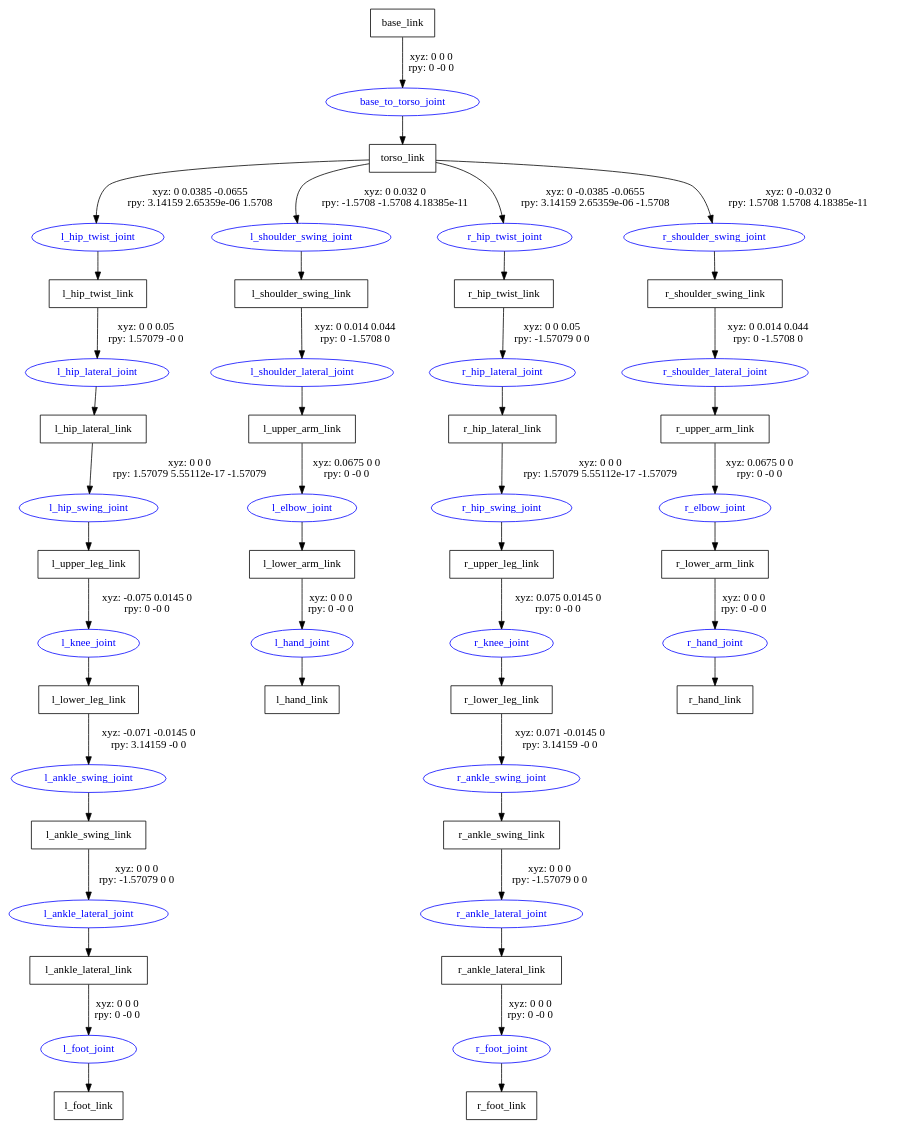
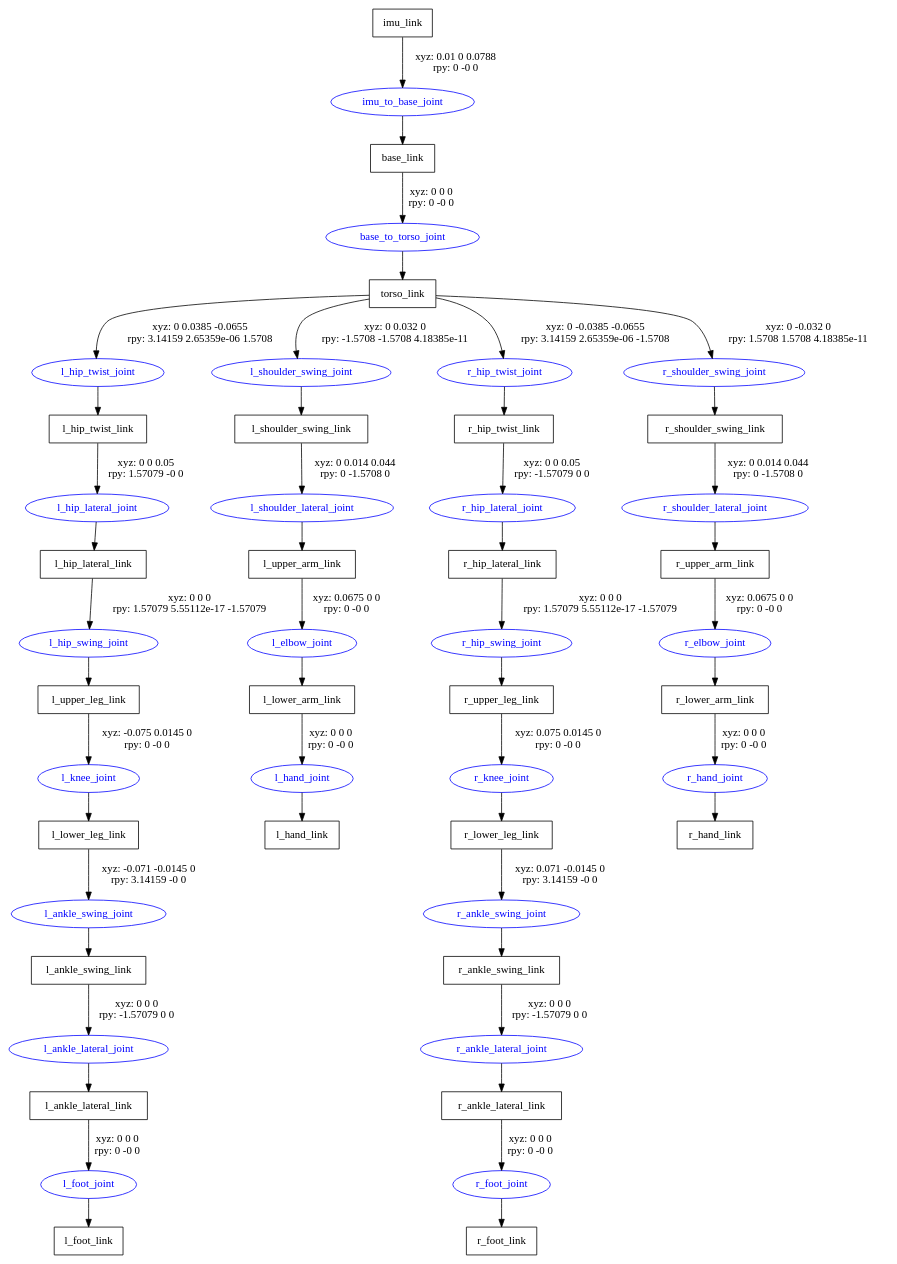
Before and after one commit to Fanaliys/bioloid_typea_description: the diagram in typea.gv, drawn with Graphviz. The commit also changed 7 other files, not shown here.

```diff
--- a/typea.gv
+++ b/typea.gv
@@ -1,74 +1,77 @@
 digraph G {
 node [shape=box];
+"imu_link" [label="imu_link"];
 "base_link" [label="base_link"];
 "torso_link" [label="torso_link"];
 "l_hip_twist_link" [label="l_hip_twist_link"];
 "l_hip_lateral_link" [label="l_hip_lateral_link"];
 "l_upper_leg_link" [label="l_upper_leg_link"];
 "l_lower_leg_link" [label="l_lower_leg_link"];
 "l_ankle_swing_link" [label="l_ankle_swing_link"];
 "l_ankle_lateral_link" [label="l_ankle_lateral_link"];
 "l_foot_link" [label="l_foot_link"];
 "l_shoulder_swing_link" [label="l_shoulder_swing_link"];
 "l_upper_arm_link" [label="l_upper_arm_link"];
 "l_lower_arm_link" [label="l_lower_arm_link"];
 "l_hand_link" [label="l_hand_link"];
 "r_hip_twist_link" [label="r_hip_twist_link"];
 "r_hip_lateral_link" [label="r_hip_lateral_link"];
 "r_upper_leg_link" [label="r_upper_leg_link"];
 "r_lower_leg_link" [label="r_lower_leg_link"];
 "r_ankle_swing_link" [label="r_ankle_swing_link"];
 "r_ankle_lateral_link" [label="r_ankle_lateral_link"];
 "r_foot_link" [label="r_foot_link"];
 "r_shoulder_swing_link" [label="r_shoulder_swing_link"];
 "r_upper_arm_link" [label="r_upper_arm_link"];
 "r_lower_arm_link" [label="r_lower_arm_link"];
 "r_hand_link" [label="r_hand_link"];
 node [shape=ellipse, color=blue, fontcolor=blue];
+"imu_link" -> "imu_to_base_joint" [label="xyz: 0.01 0 0.0788 \nrpy: 0 -0 0"]
+"imu_to_base_joint" -> "base_link"
 "base_link" -> "base_to_torso_joint" [label="xyz: 0 0 0 \nrpy: 0 -0 0"]
 "base_to_torso_joint" -> "torso_link"
 "torso_link" -> "l_hip_twist_joint" [label="xyz: 0 0.0385 -0.0655 \nrpy: 3.14159 2.65359e-06 1.5708"]
 "l_hip_twist_joint" -> "l_hip_twist_link"
 "l_hip_twist_link" -> "l_hip_lateral_joint" [label="xyz: 0 0 0.05 \nrpy: 1.57079 -0 0"]
 "l_hip_lateral_joint" -> "l_hip_lateral_link"
 "l_hip_lateral_link" -> "l_hip_swing_joint" [label="xyz: 0 0 0 \nrpy: 1.57079 5.55112e-17 -1.57079"]
 "l_hip_swing_joint" -> "l_upper_leg_link"
 "l_upper_leg_link" -> "l_knee_joint" [label="xyz: -0.075 0.0145 0 \nrpy: 0 -0 0"]
 "l_knee_joint" -> "l_lower_leg_link"
 "l_lower_leg_link" -> "l_ankle_swing_joint" [label="xyz: -0.071 -0.0145 0 \nrpy: 3.14159 -0 0"]
 "l_ankle_swing_joint" -> "l_ankle_swing_link"
 "l_ankle_swing_link" -> "l_ankle_lateral_joint" [label="xyz: 0 0 0 \nrpy: -1.57079 0 0"]
 "l_ankle_lateral_joint" -> "l_ankle_lateral_link"
 "l_ankle_lateral_link" -> "l_foot_joint" [label="xyz: 0 0 0 \nrpy: 0 -0 0"]
 "l_foot_joint" -> "l_foot_link"
 "torso_link" -> "l_shoulder_swing_joint" [label="xyz: 0 0.032 0 \nrpy: -1.5708 -1.5708 4.18385e-11"]
 "l_shoulder_swing_joint" -> "l_shoulder_swing_link"
 "l_shoulder_swing_link" -> "l_shoulder_lateral_joint" [label="xyz: 0 0.014 0.044 \nrpy: 0 -1.5708 0"]
 "l_shoulder_lateral_joint" -> "l_upper_arm_link"
 "l_upper_arm_link" -> "l_elbow_joint" [label="xyz: 0.0675 0 0 \nrpy: 0 -0 0"]
 "l_elbow_joint" -> "l_lower_arm_link"
 "l_lower_arm_link" -> "l_hand_joint" [label="xyz: 0 0 0 \nrpy: 0 -0 0"]
 "l_hand_joint" -> "l_hand_link"
 "torso_link" -> "r_hip_twist_joint" [label="xyz: 0 -0.0385 -0.0655 \nrpy: 3.14159 2.65359e-06 -1.5708"]
 "r_hip_twist_joint" -> "r_hip_twist_link"
 "r_hip_twist_link" -> "r_hip_lateral_joint" [label="xyz: 0 0 0.05 \nrpy: -1.57079 0 0"]
 "r_hip_lateral_joint" -> "r_hip_lateral_link"
 "r_hip_lateral_link" -> "r_hip_swing_joint" [label="xyz: 0 0 0 \nrpy: 1.57079 5.55112e-17 -1.57079"]
 "r_hip_swing_joint" -> "r_upper_leg_link"
 "r_upper_leg_link" -> "r_knee_joint" [label="xyz: 0.075 0.0145 0 \nrpy: 0 -0 0"]
 "r_knee_joint" -> "r_lower_leg_link"
 "r_lower_leg_link" -> "r_ankle_swing_joint" [label="xyz: 0.071 -0.0145 0 \nrpy: 3.14159 -0 0"]
 "r_ankle_swing_joint" -> "r_ankle_swing_link"
 "r_ankle_swing_link" -> "r_ankle_lateral_joint" [label="xyz: 0 0 0 \nrpy: -1.57079 0 0"]
 "r_ankle_lateral_joint" -> "r_ankle_lateral_link"
 "r_ankle_lateral_link" -> "r_foot_joint" [label="xyz: 0 0 0 \nrpy: 0 -0 0"]
 "r_foot_joint" -> "r_foot_link"
 "torso_link" -> "r_shoulder_swing_joint" [label="xyz: 0 -0.032 0 \nrpy: 1.5708 1.5708 4.18385e-11"]
 "r_shoulder_swing_joint" -> "r_shoulder_swing_link"
 "r_shoulder_swing_link" -> "r_shoulder_lateral_joint" [label="xyz: 0 0.014 0.044 \nrpy: 0 -1.5708 0"]
 "r_shoulder_lateral_joint" -> "r_upper_arm_link"
 "r_upper_arm_link" -> "r_elbow_joint" [label="xyz: 0.0675 0 0 \nrpy: 0 -0 0"]
 "r_elbow_joint" -> "r_lower_arm_link"
 "r_lower_arm_link" -> "r_hand_joint" [label="xyz: 0 0 0 \nrpy: 0 -0 0"]
 "r_hand_joint" -> "r_hand_link"
 }
```
